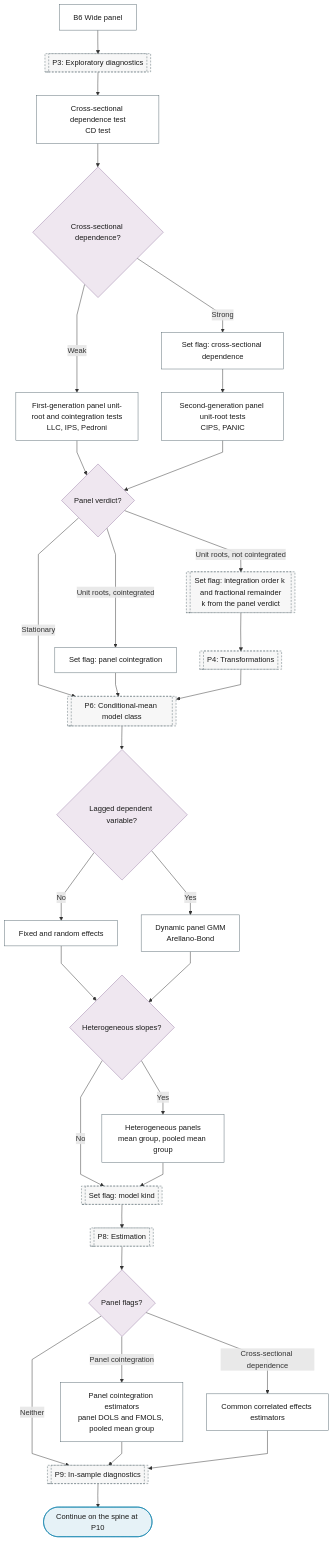
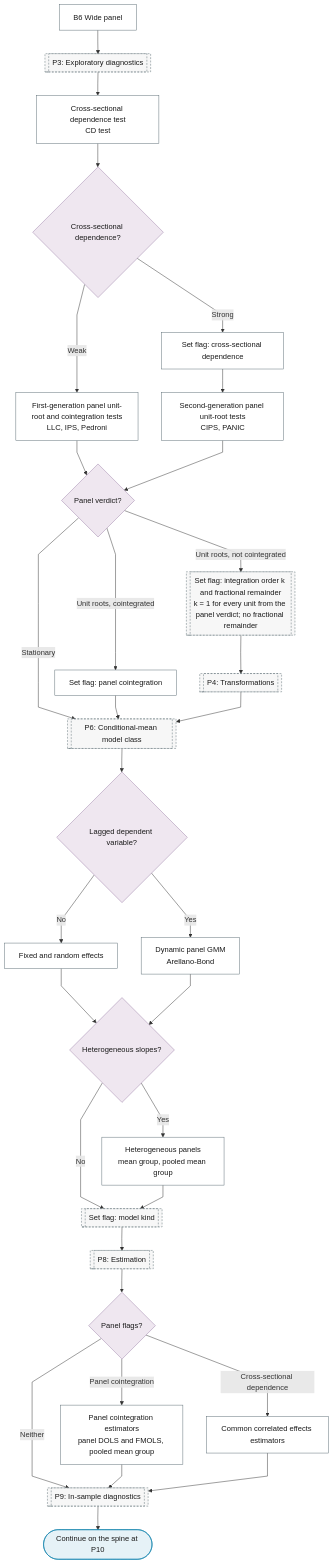
The diagram in docs/reference/32-panel-time-series/index.md (Shuxin-Y/time-series-analysis-manual), drawn with Mermaid before and after one commit. The commit also changed 12 other files, not shown here.

````diff
--- a/docs/reference/32-panel-time-series/index.md
+++ b/docs/reference/32-panel-time-series/index.md
@@ -7,43 +7,43 @@
 ```mermaid
 %%{init: {"flowchart": {"curve": "linear"}}}%%
 graph TD
     B6["B6 Wide panel"] --> P3[["P3: Exploratory diagnostics"]]
     P3 --> B6_CROSS_SECTION_DEPENDENCE["Cross-sectional dependence test<br/>CD test"]
     B6_CROSS_SECTION_DEPENDENCE --> B6_CD{"Cross-sectional dependence?"}
     B6_CD -->|"Weak"| B6_PANEL_UNIT_ROOT["First-generation panel unit-root and cointegration tests<br/>LLC, IPS, Pedroni"]
     B6_CD -->|"Strong"| B6_CD_FLAG["Set flag: cross-sectional dependence"]
     B6_CD_FLAG --> B6_SECOND_GENERATION["Second-generation panel unit-root tests<br/>CIPS, PANIC"]
     B6_PANEL_UNIT_ROOT & B6_SECOND_GENERATION --> B6_VERDICT{"Panel verdict?"}
     B6_VERDICT -->|"Unit roots, cointegrated"| B6_COINT_FLAG["Set flag: panel cointegration"]
-    B6_VERDICT -->|"Unit roots, not cointegrated"| P3_ORDER_FLAG[["Set flag: integration order k and fractional remainder<br/>k from the panel verdict"]]
+    B6_VERDICT -->|"Unit roots, not cointegrated"| P3_ORDER_FLAG[["Set flag: integration order k and fractional remainder<br/>k = 1 for every unit from the panel verdict; no fractional remainder"]]
     P3_ORDER_FLAG --> P4[["P4: Transformations"]]
     B6_VERDICT -->|"Stationary"| P6
     B6_COINT_FLAG & P4 --> P6[["P6: Conditional-mean model class"]]
     P6 --> B6_DYNAMIC{"Lagged dependent variable?"}
     B6_DYNAMIC -->|"No"| B6_STATIC_PANEL["Fixed and random effects"]
     B6_DYNAMIC -->|"Yes"| B6_DYNAMIC_PANEL["Dynamic panel GMM<br/>Arellano-Bond"]
     B6_STATIC_PANEL & B6_DYNAMIC_PANEL --> B6_HETERO{"Heterogeneous slopes?"}
     B6_HETERO -->|"Yes"| B6_HETEROGENEOUS["Heterogeneous panels<br/>mean group, pooled mean group"]
     B6_HETERO -->|"No"| P6_KIND_FLAG
     B6_HETEROGENEOUS --> P6_KIND_FLAG[["Set flag: model kind"]]
     P6_KIND_FLAG --> P8[["P8: Estimation"]]
     class P6_KIND_FLAG ref
     P8 --> B6_ESTIMATOR{"Panel flags?"}
     B6_ESTIMATOR -->|"Panel cointegration"| B6_PANEL_COINTEGRATION["Panel cointegration estimators<br/>panel DOLS and FMOLS, pooled mean group"]
     B6_ESTIMATOR -->|"Cross-sectional dependence"| B6_CCE["Common correlated effects estimators"]
     B6_ESTIMATOR -->|"Neither"| P9
     B6_PANEL_COINTEGRATION & B6_CCE --> P9[["P9: In-sample diagnostics"]]
     P9 --> B6_OUT(["Continue on the spine at P10"])
     class B6_OUT terminator
     class B6_CD,B6_VERDICT,B6_DYNAMIC,B6_HETERO,B6_ESTIMATOR decision
     class B6,B6_CROSS_SECTION_DEPENDENCE,B6_PANEL_UNIT_ROOT,B6_CD_FLAG,B6_SECOND_GENERATION,B6_COINT_FLAG,B6_STATIC_PANEL,B6_DYNAMIC_PANEL,B6_HETEROGENEOUS,B6_PANEL_COINTEGRATION,B6_CCE process
     class P3,P4,P6,P8,P9,P3_ORDER_FLAG ref
     classDef terminator fill:#E6F2F7,stroke:#007BA7,color:#1A1A1A;
     classDef process fill:#FFFFFF,stroke:#5A6B73,color:#1A1A1A;
     classDef decision fill:#EFE7F0,stroke:#9B7FA7,color:#1A1A1A;
     classDef data fill:#FFF4E0,stroke:#C9A55E,color:#1A1A1A;
     classDef good fill:#DCEFD8,stroke:#4A7A3F,color:#1A1A1A;
     classDef escalate fill:#FFE9C2,stroke:#C9A55E,color:#1A1A1A;
     classDef problem fill:#F2D9DE,stroke:#800020,color:#1A1A1A;
     classDef ref fill:#F7F7F7,stroke:#5A6B73,color:#1A1A1A,stroke-dasharray:4 3;
 ```
````
